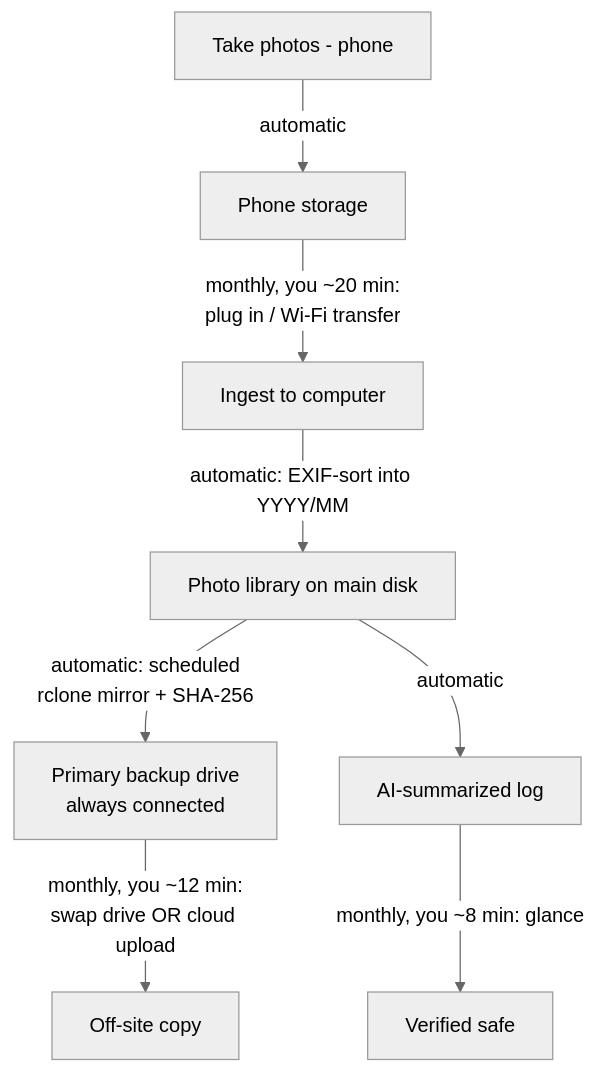
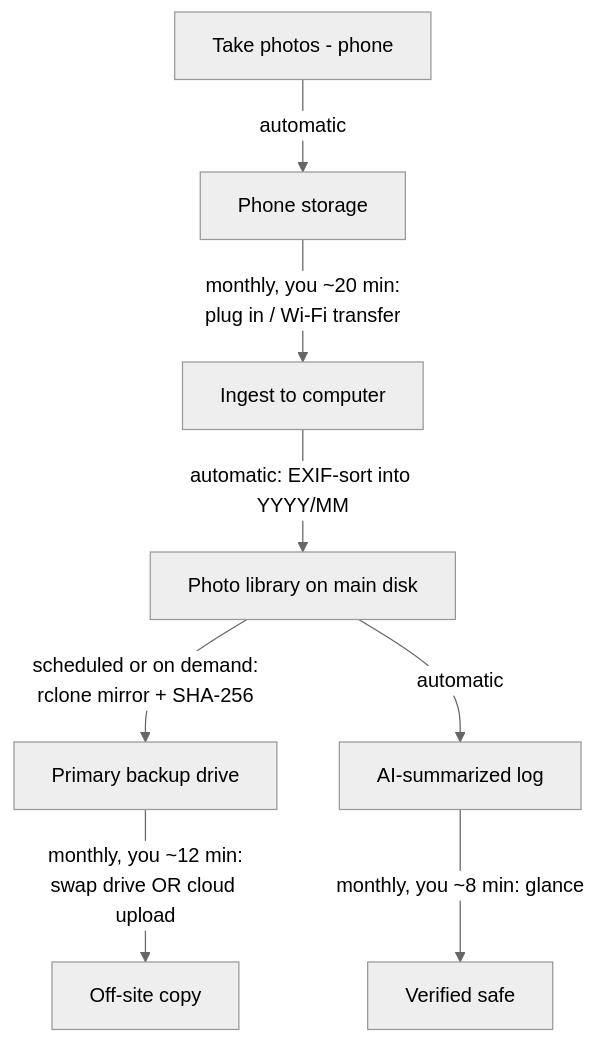
Before and after one commit to NikoAri/turbo-collection: the second of 2 diagrams in docs/design-record.md, drawn with Mermaid (neutral theme). The commit also changed other lines of this file and 12 other files, not shown here.

````diff
--- a/docs/design-record.md
+++ b/docs/design-record.md
@@ -369,10 +369,10 @@
 ```mermaid
 flowchart TD
     A[Take photos - phone] -->|automatic| B[Phone storage]
     B -->|monthly, you ~20 min:<br/>plug in / Wi-Fi transfer| C[Ingest to computer]
     C -->|automatic: EXIF-sort into YYYY/MM| D[Photo library on main disk]
-    D -->|automatic: scheduled<br/>rclone mirror + SHA-256| E[Primary backup drive<br/>always connected]
+    D -->|scheduled or on demand:<br/>rclone mirror + SHA-256| E[Primary backup drive]
     E -->|monthly, you ~12 min:<br/>swap drive OR cloud upload| F[Off-site copy]
     D -->|automatic| G[AI-summarized log]
     G -->|monthly, you ~8 min: glance| H[Verified safe]
 ```
````
